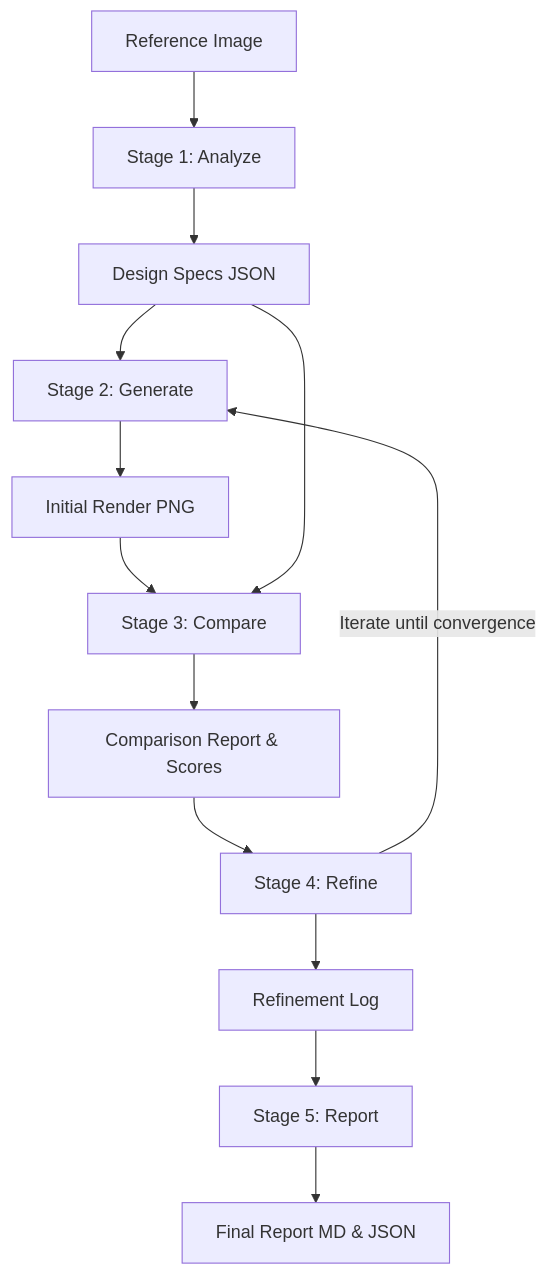
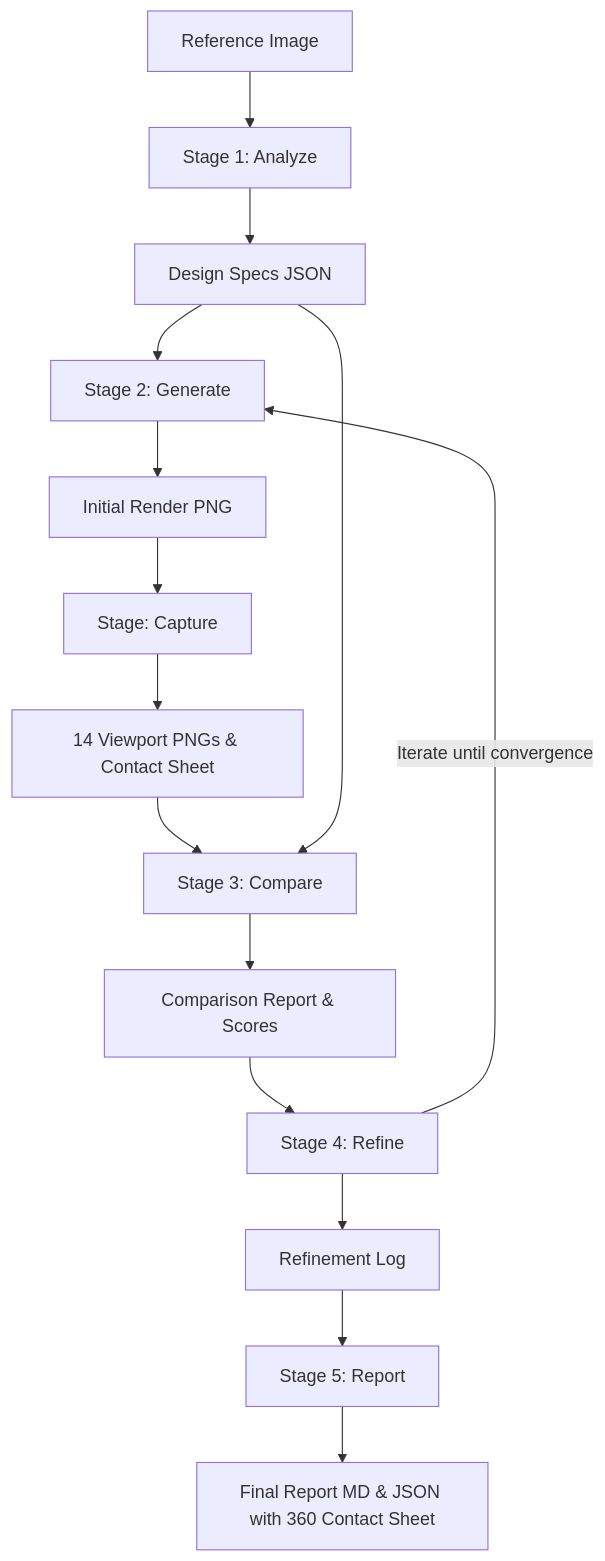
One commit to Cosmictraveler002/blender_antigravity_mcp changed the diagram in AGENT.md. Above: the diagram before and after it, drawn with Mermaid. The commit also changed other lines of this file and 12 other files, not shown here.

Commit message:
feat(capture): implement multi-viewport 360-degree render capture and analysis system

````diff
--- a/AGENT.md
+++ b/AGENT.md
@@ -41,15 +42,17 @@
 ```mermaid
 graph TD
     Ref[Reference Image] --> S1[Stage 1: Analyze]
     S1 --> Specs[Design Specs JSON]
     Specs --> S2[Stage 2: Generate]
     S2 --> Render[Initial Render PNG]
-    Render --> S3[Stage 3: Compare]
+    Render --> S_Cap[Stage: Capture]
+    S_Cap --> VP_Renders[14 Viewport PNGs & Contact Sheet]
+    VP_Renders --> S3[Stage 3: Compare]
     Specs --> S3
     S3 --> CompReport[Comparison Report & Scores]
     CompReport --> S4[Stage 4: Refine]
     S4 -->|Iterate until convergence| S2
     S4 --> FinalData[Refinement Log]
     FinalData --> S5[Stage 5: Report]
-    S5 --> MarkdownDoc[Final Report MD & JSON]
+    S5 --> MarkdownDoc[Final Report MD & JSON with 360 Contact Sheet]
 ```
````
